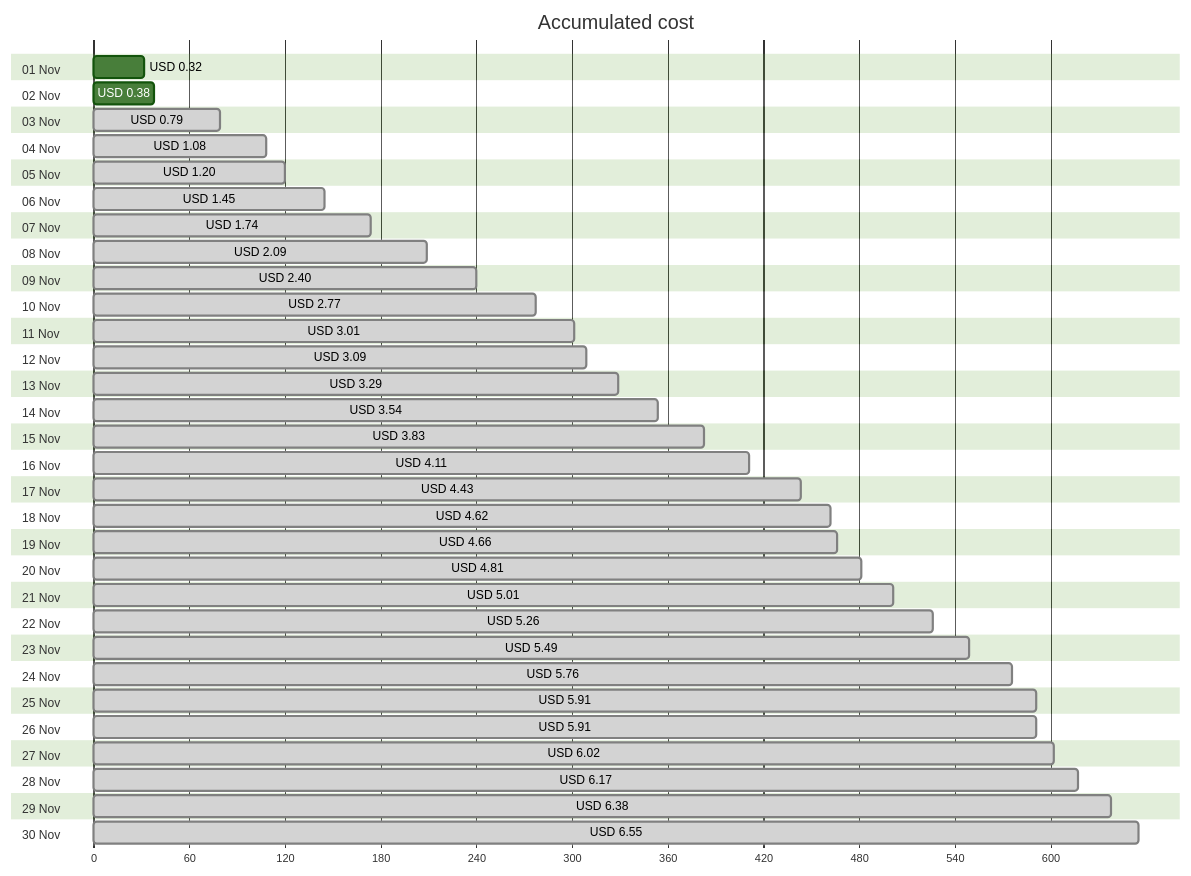
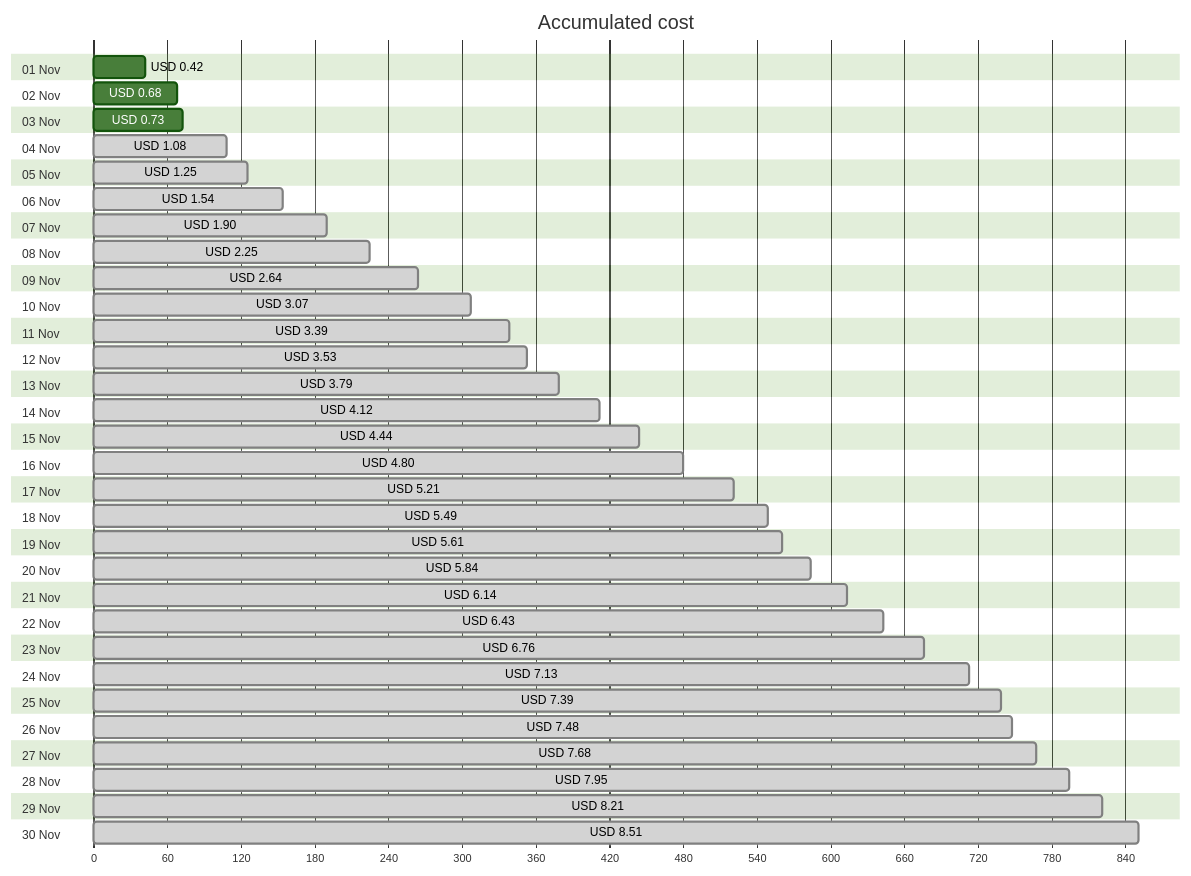
Before and after one commit to jpfulton/azure-personal-reports: the first of 4 diagrams in cost-reports/personal-network/vpn-server.md, drawn with Mermaid (forest theme). The commit also changed other lines of this file and 8 other files, not shown here.

````diff
--- a/cost-reports/personal-network/vpn-server.md
+++ b/cost-reports/personal-network/vpn-server.md
@@ -20,66 +20,66 @@
 ```mermaid
 gantt
    title Accumulated cost
    dateFormat  X
    axisFormat %s
    section 01 Nov
-   USD 0.32 :0, 32
+   USD 0.42 :0, 42
    section 02 Nov
-   USD 0.38 :0, 38
+   USD 0.68 :0, 68
    section 03 Nov
-   USD 0.79 : done, 0, 79
+   USD 0.73 :0, 73
    section 04 Nov
    USD 1.08 : done, 0, 108
    section 05 Nov
-   USD 1.20 : done, 0, 120
+   USD 1.25 : done, 0, 125
    section 06 Nov
-   USD 1.45 : done, 0, 145
+   USD 1.54 : done, 0, 154
    section 07 Nov
-   USD 1.74 : done, 0, 174
+   USD 1.90 : done, 0, 190
    section 08 Nov
-   USD 2.09 : done, 0, 209
+   USD 2.25 : done, 0, 225
    section 09 Nov
-   USD 2.40 : done, 0, 240
+   USD 2.64 : done, 0, 264
    section 10 Nov
-   USD 2.77 : done, 0, 277
+   USD 3.07 : done, 0, 307
    section 11 Nov
-   USD 3.01 : done, 0, 301
+   USD 3.39 : done, 0, 339
    section 12 Nov
-   USD 3.09 : done, 0, 309
+   USD 3.53 : done, 0, 353
    section 13 Nov
-   USD 3.29 : done, 0, 329
+   USD 3.79 : done, 0, 379
    section 14 Nov
-   USD 3.54 : done, 0, 354
+   USD 4.12 : done, 0, 412
    section 15 Nov
-   USD 3.83 : done, 0, 383
+   USD 4.44 : done, 0, 444
    section 16 Nov
-   USD 4.11 : done, 0, 411
+   USD 4.80 : done, 0, 480
    section 17 Nov
-   USD 4.43 : done, 0, 443
+   USD 5.21 : done, 0, 521
    section 18 Nov
-   USD 4.62 : done, 0, 462
+   USD 5.49 : done, 0, 549
    section 19 Nov
-   USD 4.66 : done, 0, 466
+   USD 5.61 : done, 0, 561
    section 20 Nov
-   USD 4.81 : done, 0, 481
+   USD 5.84 : done, 0, 584
    section 21 Nov
-   USD 5.01 : done, 0, 501
+   USD 6.14 : done, 0, 614
    section 22 Nov
-   USD 5.26 : done, 0, 526
+   USD 6.43 : done, 0, 643
    section 23 Nov
-   USD 5.49 : done, 0, 549
+   USD 6.76 : done, 0, 676
    section 24 Nov
-   USD 5.76 : done, 0, 576
+   USD 7.13 : done, 0, 713
    section 25 Nov
-   USD 5.91 : done, 0, 591
+   USD 7.39 : done, 0, 739
    section 26 Nov
-   USD 5.91 : done, 0, 591
+   USD 7.48 : done, 0, 748
    section 27 Nov
-   USD 6.02 : done, 0, 602
+   USD 7.68 : done, 0, 768
    section 28 Nov
-   USD 6.17 : done, 0, 617
+   USD 7.95 : done, 0, 795
    section 29 Nov
-   USD 6.38 : done, 0, 638
+   USD 8.21 : done, 0, 821
    section 30 Nov
-   USD 6.55 : done, 0, 655
+   USD 8.51 : done, 0, 851
 ```
````
